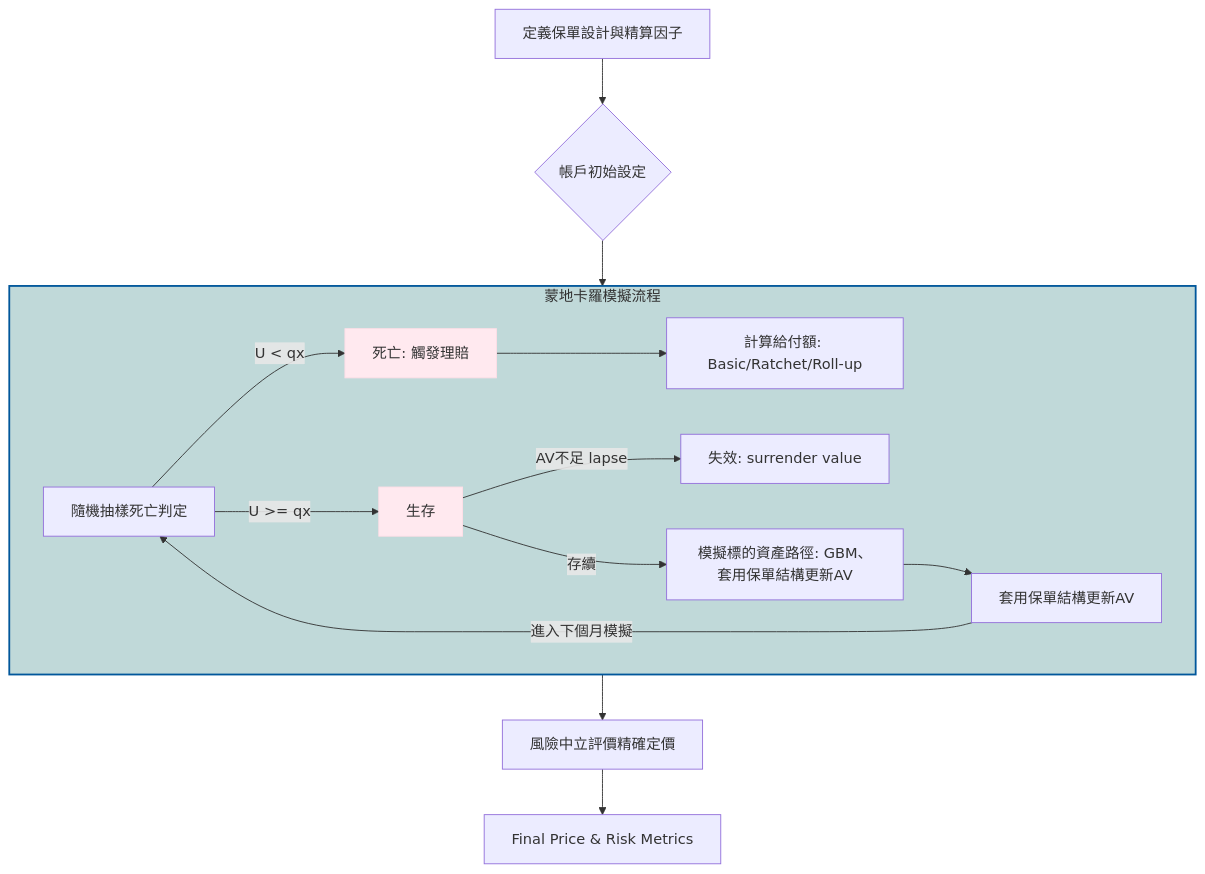
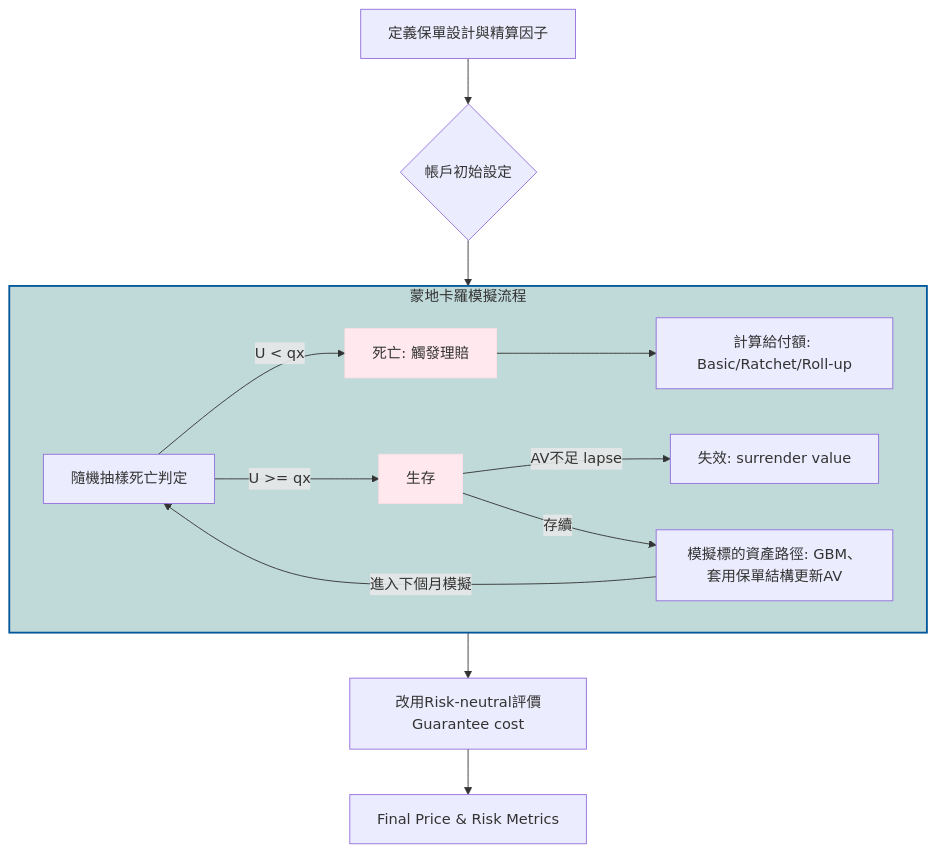
One commit to Kai-Yun-Chang/--Simulation-Python changed the diagram in README.md. Above: the diagram before and after it, drawn with Mermaid.

````diff
--- a/README.md
+++ b/README.md
@@ -26,25 +26,22 @@
 ```mermaid
 graph TD
     %% 主流程
     Input[定義保單設計與精算因子] --> Mechanism{帳戶初始設定}
     Mechanism --> Simulation[蒙地卡羅模擬流程]
-    Simulation --> Risk-neutral[風險中立評價精確定價]
+    Simulation --> Risk-neutral[改用Risk-neutral評價Guarantee cost]
     Risk-neutral --> Result[Final Price & Risk Metrics]
 
     %% 蒙地卡羅詳細步驟 (子圖)
     subgraph Simulation [蒙地卡羅模擬流程]
         S1[隨機抽樣死亡判定] -->|U < qx| Dead[死亡: 觸發理賠]
         S1 -->|U >= qx| Alive[生存]
         Dead --> DB[計算給付額: Basic/Ratchet/Roll-up]
         Alive --> |AV不足 lapse| Lapse[失效: surrender value]
         Alive --> |存續|S2[模擬標的資產路徑: GBM、套用保單結構更新AV]
-        S2 --> S3[套用保單結構更新AV]
-       
-        
-        S3 -->|進入下個月模擬| S1
+        S2 --> |進入下個月模擬| S1
     end
 
     style Dead fill:#ffe9ef,stroke:#ffdee7
     style Alive fill:#ffe9ef,stroke:#ffdee7
     style Simulation fill:#c0d9d9,stroke:#01579b,stroke-width:2px
 ```
````
